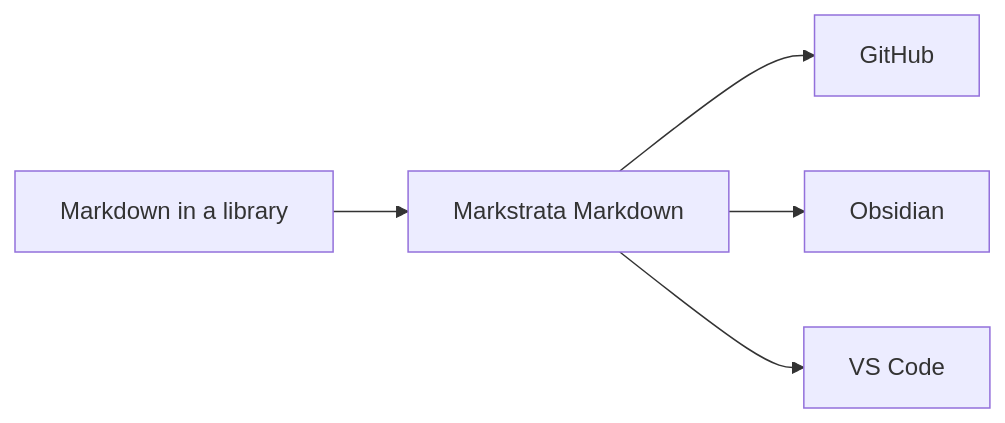
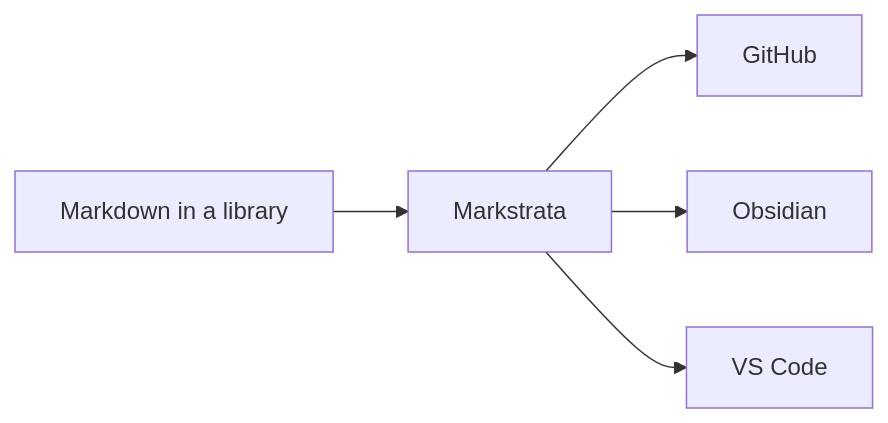
The diagram in docs/site/documentation.md (CodyRWhite/Markstrata), drawn with Mermaid before and after one commit. The commit also changed other lines of this file and 103 other files, not shown here.

````diff
--- a/docs/site/documentation.md
+++ b/docs/site/documentation.md
@@ -121,7 +121,7 @@
 ```mermaid
 flowchart LR
-  A[Markdown in a library] --> B[Markstrata Markdown]
+  A[Markdown in a library] --> B[Markstrata]
   B --> C[GitHub]
   B --> D[Obsidian]
   B --> E[VS Code]
 ```
````
